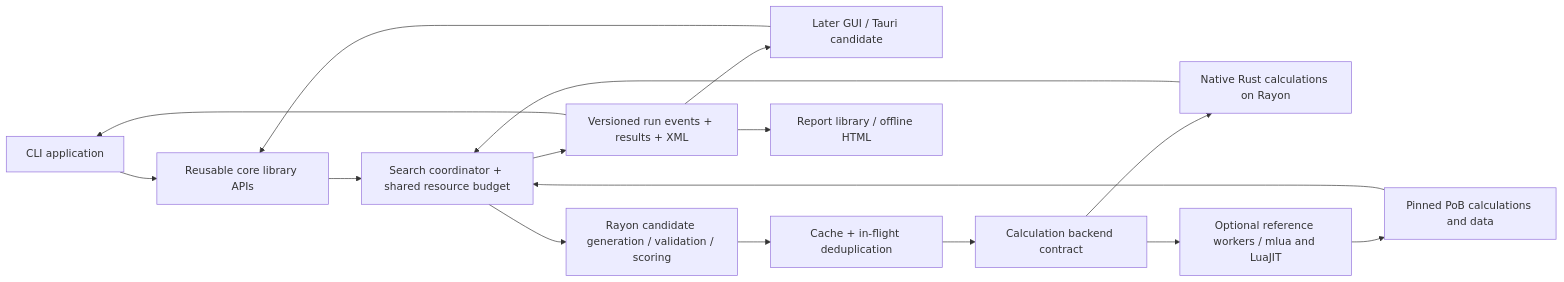
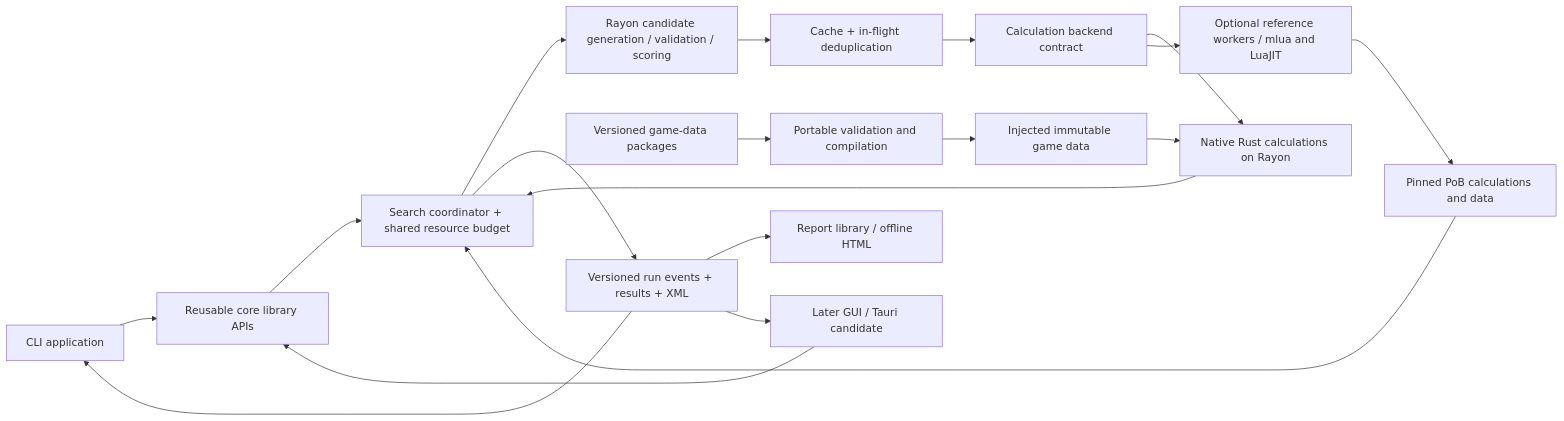
One commit to Azaril/poe-optimizer changed the diagram in docs/design.md. Above: the diagram before and after it, drawn with Mermaid. The commit also changed other lines of this file and 9 other files, not shown here.

Commit message:
Design injectable game data and prioritize native data migration

````diff
--- a/docs/design.md
+++ b/docs/design.md
@@ -140,18 +140,21 @@
 ```mermaid
 flowchart LR
     CLI[CLI application] --> Core[Reusable core library APIs]
     GUI[Later GUI / Tauri candidate] --> Core
     Core --> Search[Search coordinator + shared resource budget]
     Search --> Rayon[Rayon candidate generation / validation / scoring]
     Rayon --> Cache[Cache + in-flight deduplication]
     Cache --> Backend[Calculation backend contract]
     Backend --> Native[Native Rust calculations on Rayon]
+    Packages[Versioned game-data packages] --> Loader[Portable validation and compilation]
+    Loader --> Data[Injected immutable game data]
+    Data --> Native
     Backend --> Pool[Optional reference workers / mlua and LuaJIT]
     Pool --> PoB[Pinned PoB calculations and data]
     Native --> Search
     PoB --> Search
     Search --> Results[Versioned run events + results + XML]
     Results --> Reports[Report library / offline HTML]
     Results --> CLI
     Results --> GUI
 ```
````
